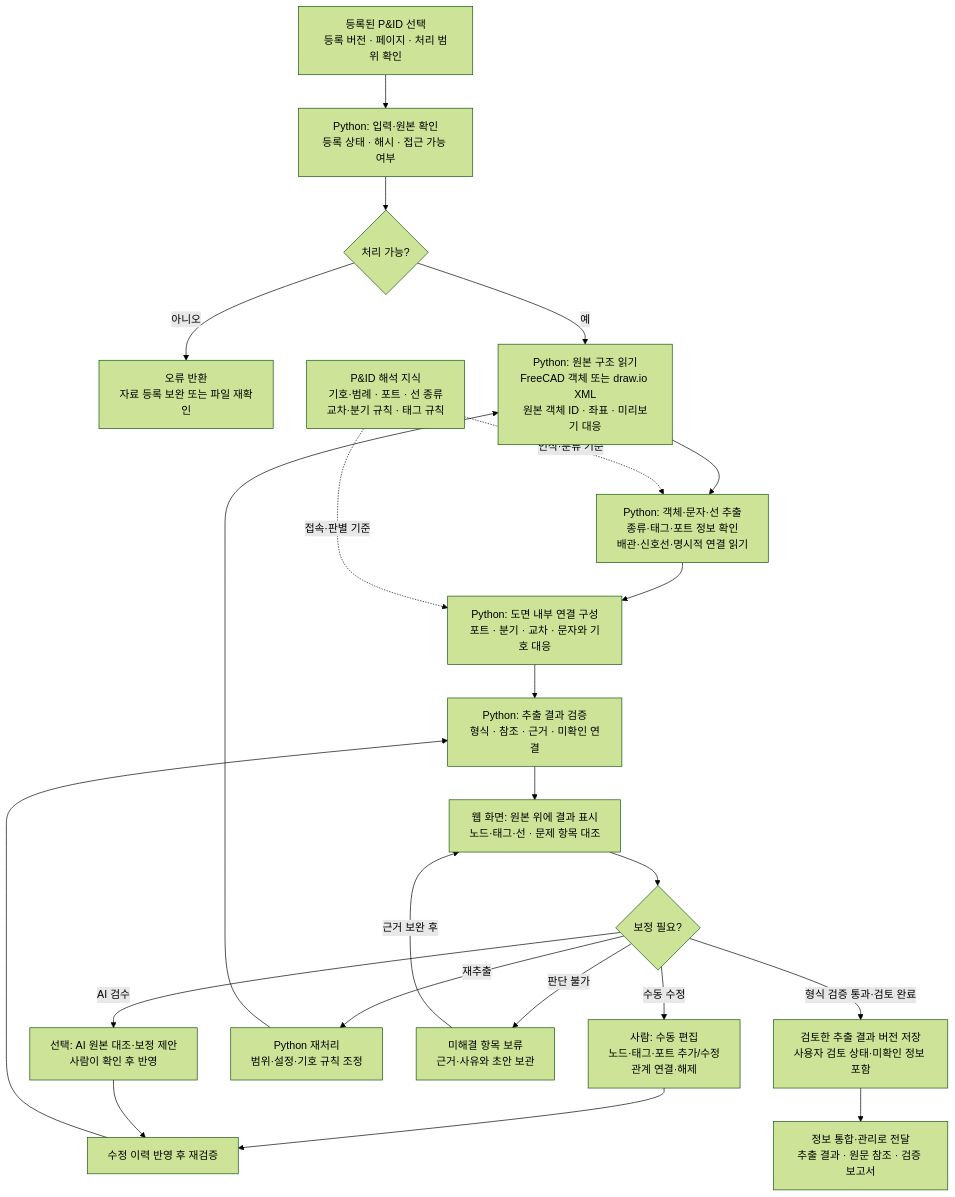
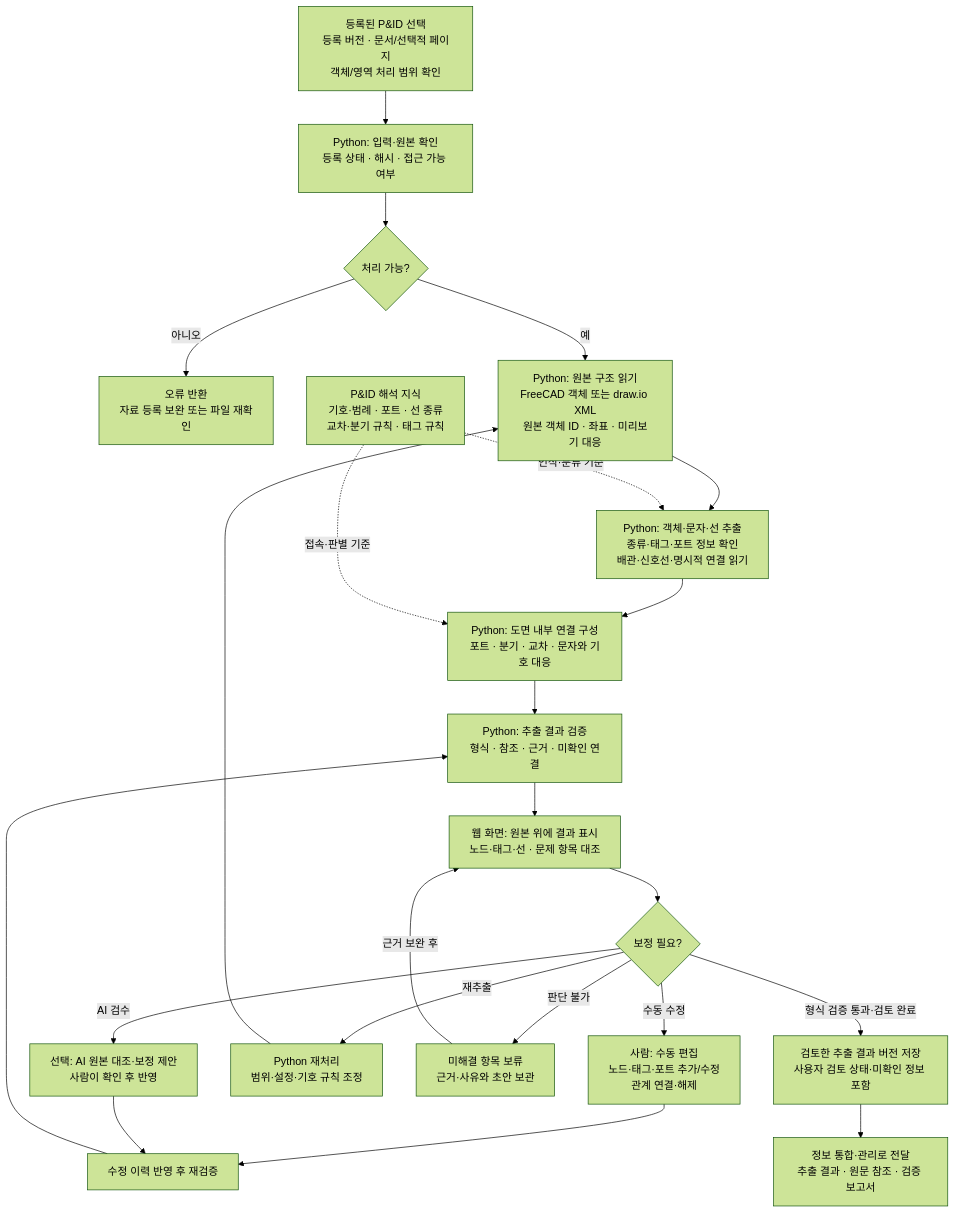
One commit to ReoDe/HAZOP changed the diagram in flow chart/02-extraction.md. Above: the diagram before and after it, drawn with Mermaid (forest theme). The commit also changed other lines of this file and 13 other files, not shown here.

````diff
--- a/flow chart/02-extraction.md
+++ b/flow chart/02-extraction.md
@@ -14,33 +14,33 @@
 ```mermaid
 flowchart TB
-    A["등록된 P&ID 선택<br/>등록 버전 · 페이지 · 처리 범위 확인"]
+    A["등록된 P&ID 선택<br/>등록 버전 · 문서/선택적 페이지<br/>객체/영역 처리 범위 확인"]
     B["Python: 입력·원본 확인<br/>등록 상태 · 해시 · 접근 가능 여부"]
     C{"처리 가능?"}
     X["오류 반환<br/>자료 등록 보완 또는 파일 재확인"]
     D["Python: 원본 구조 읽기<br/>FreeCAD 객체 또는 draw.io XML<br/>원본 객체 ID · 좌표 · 미리보기 대응"]
     E["Python: 객체·문자·선 추출<br/>종류·태그·포트 정보 확인<br/>배관·신호선·명시적 연결 읽기"]
     F["Python: 도면 내부 연결 구성<br/>포트 · 분기 · 교차 · 문자와 기호 대응"]
     G["Python: 추출 결과 검증<br/>형식 · 참조 · 근거 · 미확인 연결"]
     H["웹 화면: 원본 위에 결과 표시<br/>노드·태그·선 · 문제 항목 대조"]
     I{"보정 필요?"}
     J["사람: 수동 편집<br/>노드·태그·포트 추가/수정<br/>관계 연결·해제"]
     K["선택: AI 원본 대조·보정 제안<br/>사람이 확인 후 반영"]
     L["Python 재처리<br/>범위·설정·기호 규칙 조정"]
     M["수정 이력 반영 후 재검증"]
     N["미해결 항목 보류<br/>근거·사유와 초안 보관"]
     O["검토한 추출 결과 버전 저장<br/>사용자 검토 상태·미확인 정보 포함"]
     P["정보 통합·관리로 전달<br/>추출 결과 · 원문 참조 · 검증 보고서"]
     R["P&ID 해석 지식<br/>기호·범례 · 포트 · 선 종류<br/>교차·분기 규칙 · 태그 규칙"]
 
     A --> B --> C
     C -- "아니오" --> X
     C -- "예" --> D --> E --> F --> G --> H --> I
     R -. "인식·분류 기준" .-> E
     R -. "접속·판별 기준" .-> F
     I -- "수동 수정" --> J --> M --> G
     I -- "AI 검수" --> K --> M
     I -- "재추출" --> L --> D
     I -- "판단 불가" --> N
     N -- "근거 보완 후" --> H
     I -- "형식 검증 통과·검토 완료" --> O --> P
 ```
````
